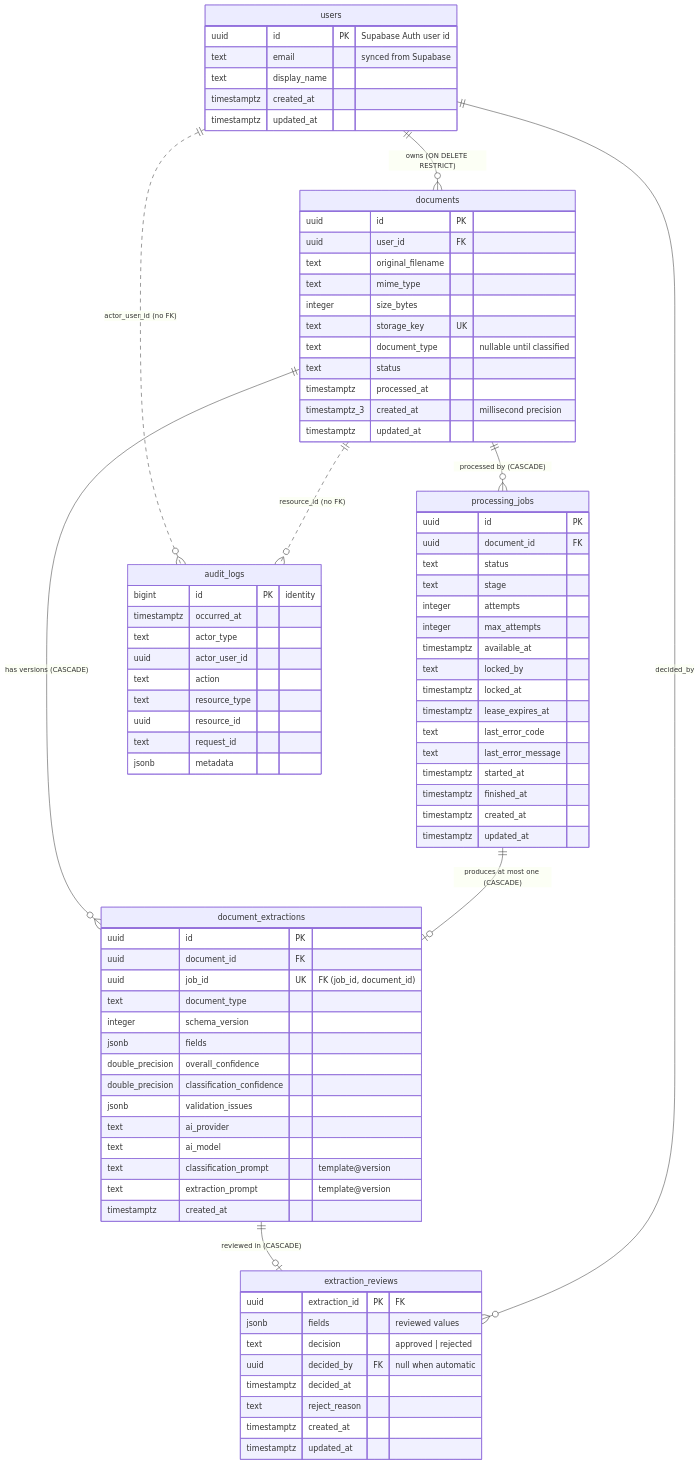
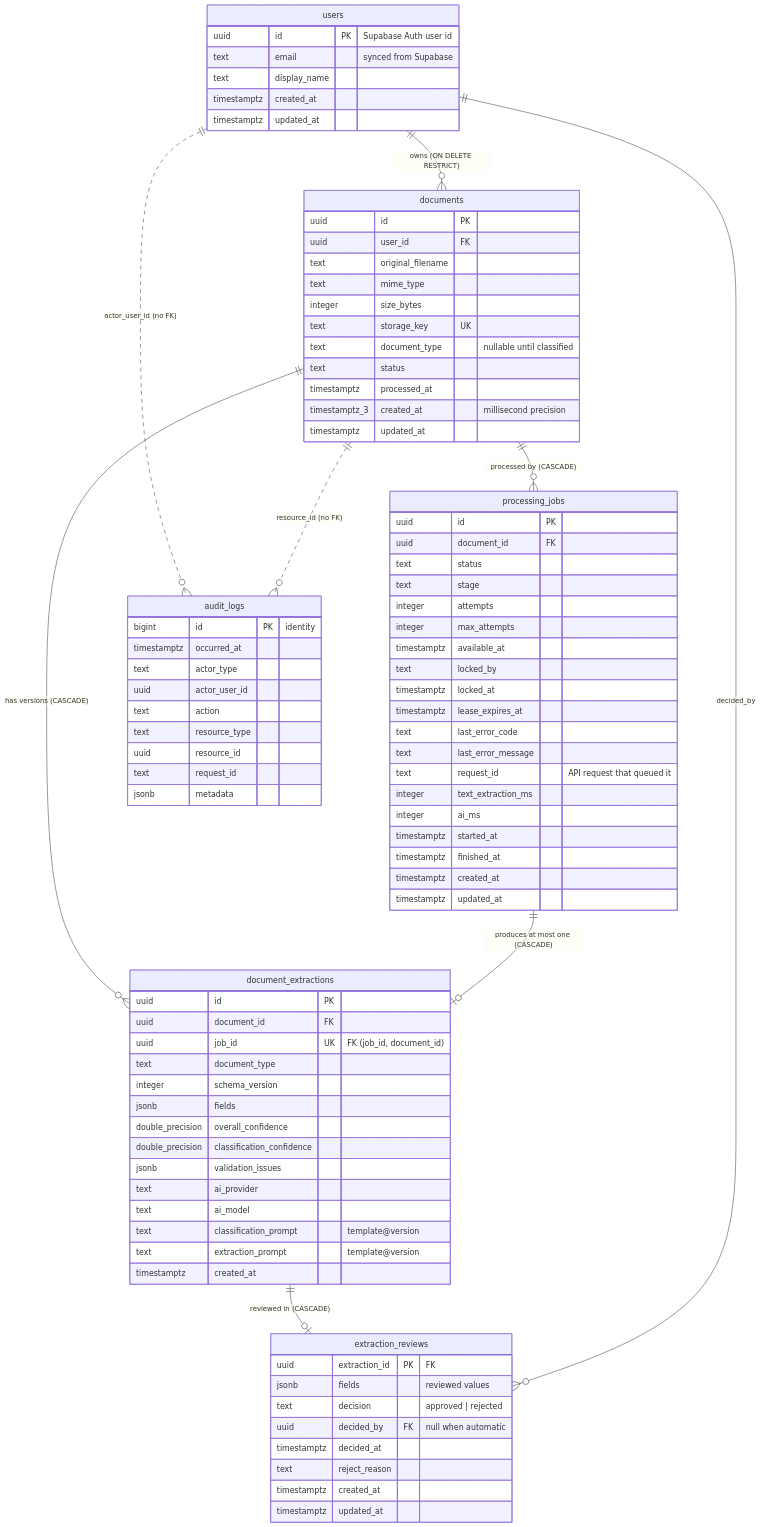
Before and after one commit to ChetanRawat07/DocuMind: the diagram in docs/database/schema.md, drawn with Mermaid. The commit also changed other lines of this file and 6 other files, not shown here.

```diff
--- a/docs/database/schema.md
+++ b/docs/database/schema.md
@@ -53,6 +53,9 @@
         timestamptz lease_expires_at
         text last_error_code
         text last_error_message
+        text request_id "API request that queued it"
+        integer text_extraction_ms
+        integer ai_ms
         timestamptz started_at
         timestamptz finished_at
         timestamptz created_at
```
